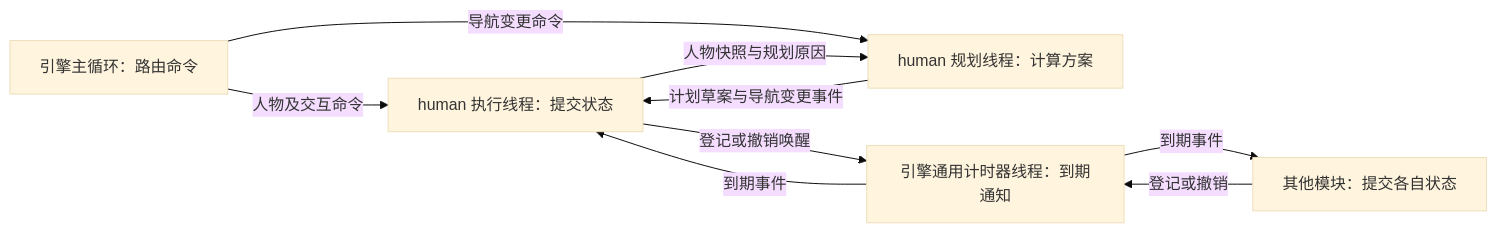
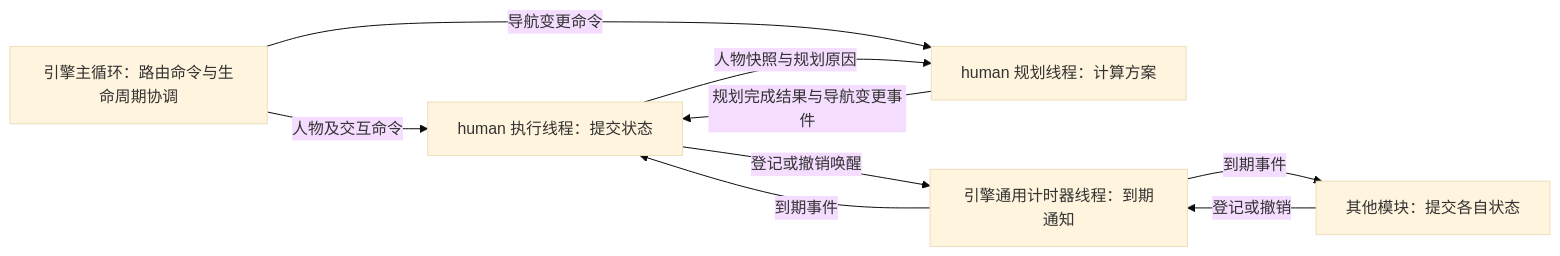
Before and after one commit to wenchuanli1989/island-nation-2: the diagram in human-ai.md, drawn with Mermaid (base theme). The commit also changed other lines of this file and 1 other file, not shown here.

````diff
--- a/human-ai.md
+++ b/human-ai.md
@@ -72,16 +79,16 @@
 ```mermaid
 flowchart LR
-    Main[引擎主循环：路由命令]
+    Main[引擎主循环：路由命令与生命周期协调]
     Execute[human 执行线程：提交状态]
     Plan[human 规划线程：计算方案]
     Timer[引擎通用计时器线程：到期通知]
     Other[其他模块：提交各自状态]
     Main -->|人物及交互命令| Execute
     Main -->|导航变更命令| Plan
     Execute -->|人物快照与规划原因| Plan
-    Plan -->|计划草案与导航变更事件| Execute
+    Plan -->|规划完成结果与导航变更事件| Execute
     Execute -->|登记或撤销唤醒| Timer
     Timer -->|到期事件| Execute
     Other -->|登记或撤销| Timer
     Timer -->|到期事件| Other
 ```
````
